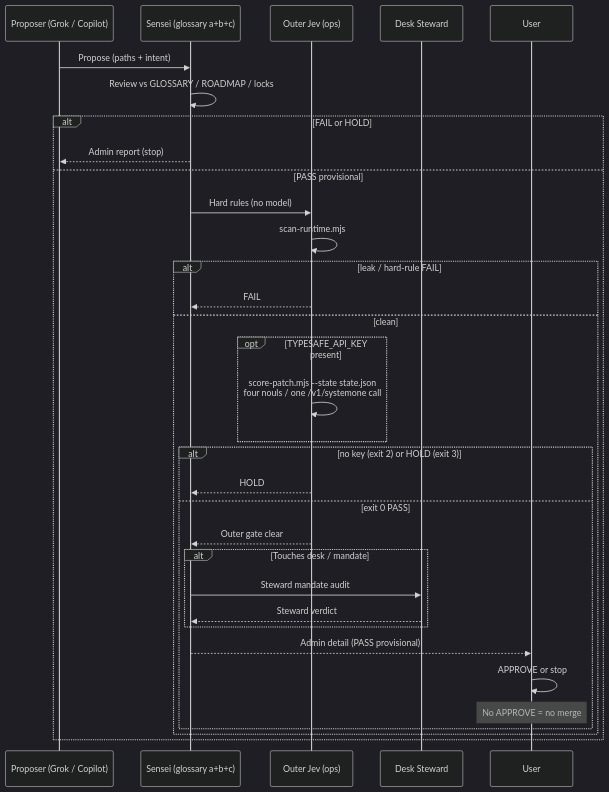
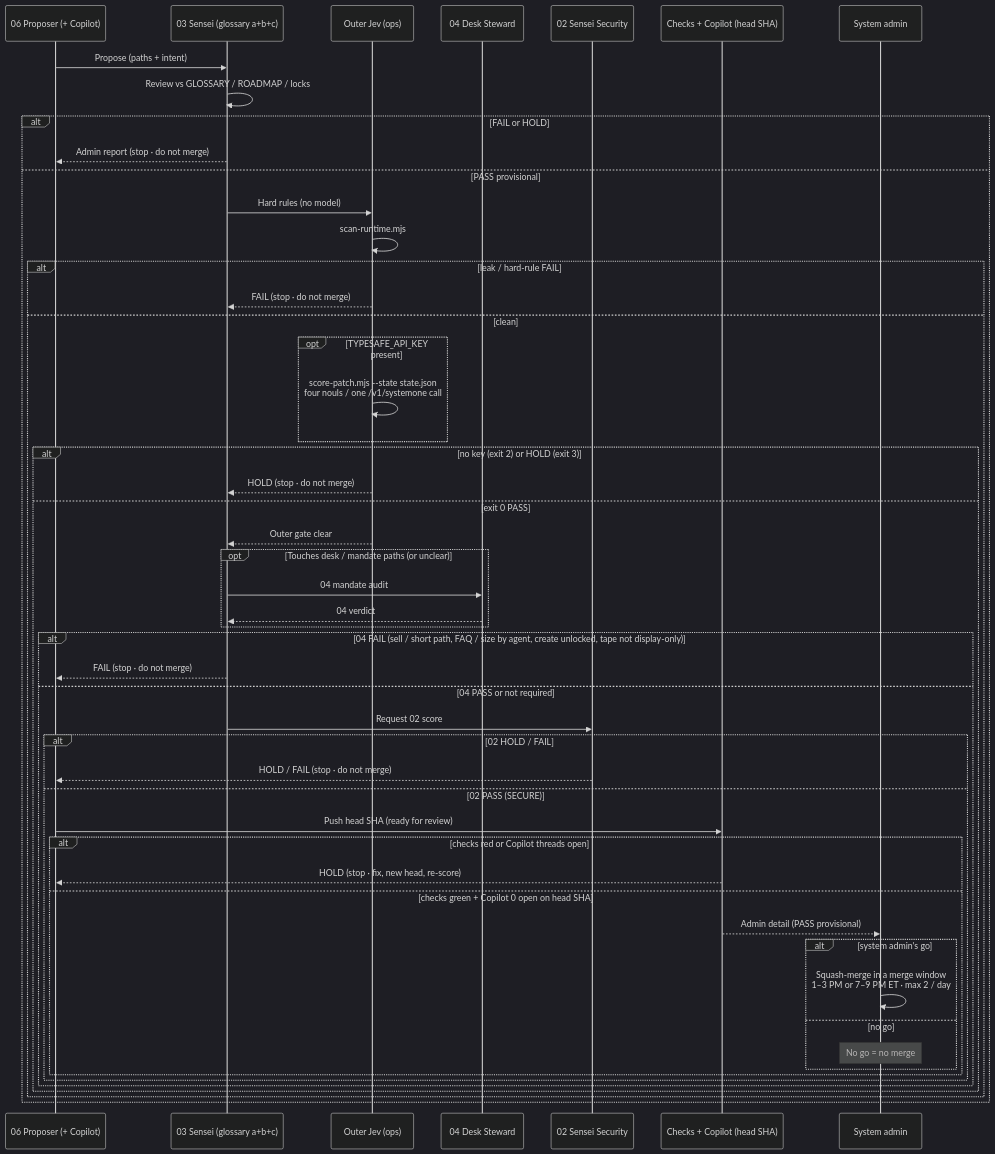
Before and after one commit to S1R1US-AI/lab3-visible-sandbox: the first of 2 diagrams in ops/sensei/flows/07-lab3-bot-workflow.md, drawn with Mermaid (dark theme). The commit also changed other lines of this file and 2 other files, not shown here.

Commit message:
docs(sensei): fail-closed 03/04 paths in Flow 04; full canonical gate in Flow 07

````diff
--- a/ops/sensei/flows/07-lab3-bot-workflow.md
+++ b/ops/sensei/flows/07-lab3-bot-workflow.md
@@ -7,36 +11,55 @@
 ```mermaid
 sequenceDiagram
-  participant P as Proposer (Grok / Copilot)
-  participant S as Sensei (glossary a+b+c)
+  participant P as 06 Proposer (+ Copilot)
+  participant S as 03 Sensei (glossary a+b+c)
   participant J as Outer Jev (ops)
-  participant D as Desk Steward
-  participant U as User
+  participant D as 04 Desk Steward
+  participant SEC as 02 Sensei Security
+  participant CI as Checks + Copilot (head SHA)
+  participant A as System admin
 
   P->>S: Propose (paths + intent)
   S->>S: Review vs GLOSSARY / ROADMAP / locks
   alt FAIL or HOLD
-    S-->>P: Admin report (stop)
+    S-->>P: Admin report (stop · do not merge)
   else PASS provisional
     S->>J: Hard rules (no model)
     J->>J: scan-runtime.mjs
     alt leak / hard-rule FAIL
-      J-->>S: FAIL
+      J-->>S: FAIL (stop · do not merge)
     else clean
       opt TYPESAFE_API_KEY present
         J->>J: score-patch.mjs --state state.json<br/>four nouls / one /v1/systemone call
       end
       alt no key (exit 2) or HOLD (exit 3)
-        J-->>S: HOLD
+        J-->>S: HOLD (stop · do not merge)
       else exit 0 PASS
         J-->>S: Outer gate clear
-        alt Touches desk / mandate
-          S->>D: Steward mandate audit
-          D-->>S: Steward verdict
+        opt Touches desk / mandate paths (or unclear)
+          S->>D: 04 mandate audit
+          D-->>S: 04 verdict
         end
-        S-->>U: Admin detail (PASS provisional)
-        U->>U: APPROVE or stop
-        Note over U: No APPROVE = no merge
+        alt 04 FAIL (sell / short path, FAQ / size by agent, create unlocked, tape not display-only)
+          S-->>P: FAIL (stop · do not merge)
+        else 04 PASS or not required
+          S->>SEC: Request 02 score
+          alt 02 HOLD / FAIL
+            SEC-->>P: HOLD / FAIL (stop · do not merge)
+          else 02 PASS (SECURE)
+            P->>CI: Push head SHA (ready for review)
+            alt checks red or Copilot threads open
+              CI-->>P: HOLD (stop · fix, new head, re-score)
+            else checks green + Copilot 0 open on head SHA
+              CI-->>A: Admin detail (PASS provisional)
+              alt system admin's go
+                A->>A: Squash-merge in a merge window<br/>1–3 PM or 7–9 PM ET · max 2 / day
+              else no go
+                Note over A: No go = no merge
+              end
+            end
+          end
+        end
       end
     end
   end
 ```
````
